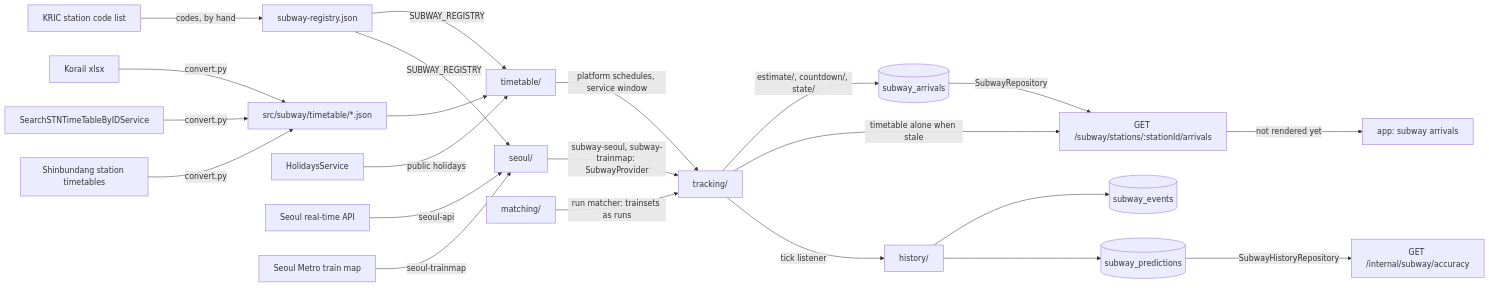
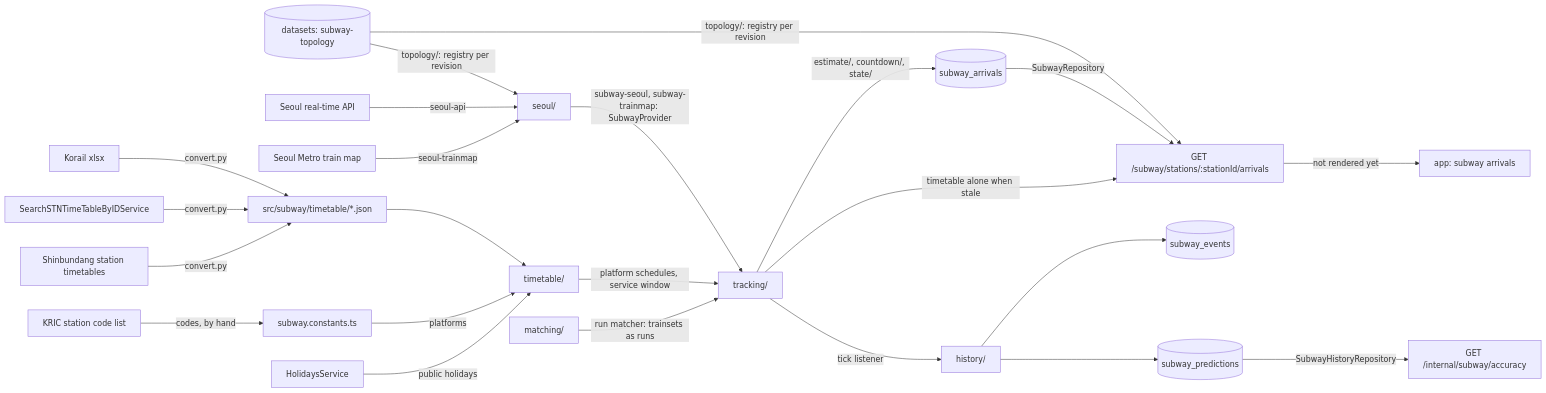
The diagram in docs/explanation/subway-architecture.md (skkuverse/skkuverse-server), drawn with Mermaid before and after one commit. The commit also changed other lines of this file and 1 other file, not shown here.

Commit message:
docs(subway): document the subway-topology dataset and the code-held network

````diff
--- a/docs/explanation/subway-architecture.md
+++ b/docs/explanation/subway-architecture.md
@@ -100,24 +100,25 @@
 ```mermaid
 flowchart LR
-  kric["KRIC station code list"] -->|codes, by hand| registry["subway-registry.json"]
+  kric["KRIC station code list"] -->|codes, by hand| network["subway.constants.ts"]
   xlsx["Korail xlsx"] -->|convert.py| tt["src/subway/timetable/*.json"]
   seoultt["SearchSTNTimeTableByIDService"] -->|convert.py| tt
   sbl["Shinbundang station timetables"] -->|convert.py| tt
   tt --> timetable["timetable/"]
-  registry -->|SUBWAY_REGISTRY| timetable
-  registry -->|SUBWAY_REGISTRY| seoul
+  network -->|platforms| timetable
+  topologyds[("datasets: subway-topology")] -->|"topology/: registry per revision"| seoul
+  topologyds -->|"topology/: registry per revision"| route
   holidays["HolidaysService"] -->|public holidays| timetable
   seoulapi["Seoul real-time API"] -->|seoul-api| seoul["seoul/"]
   trainmap["Seoul Metro train map"] -->|seoul-trainmap| seoul
   seoul -->|"subway-seoul, subway-trainmap: SubwayProvider"| tracking["tracking/"]
   timetable -->|platform schedules, service window| tracking
   matching["matching/"] -->|"run matcher: trainsets as runs"| tracking
   tracking -->|"estimate/, countdown/, state/"| coll[("subway_arrivals")]
   coll -->|SubwayRepository| route["GET /subway/stations/:stationId/arrivals"]
   tracking -->|timetable alone when stale| route
   route -->|not rendered yet| screen["app: subway arrivals"]
   tracking -->|tick listener| history["history/"]
   history --> events[("subway_events")]
   history --> predictions[("subway_predictions")]
   predictions -->|SubwayHistoryRepository| report["GET /internal/subway/accuracy"]
 ```
````
